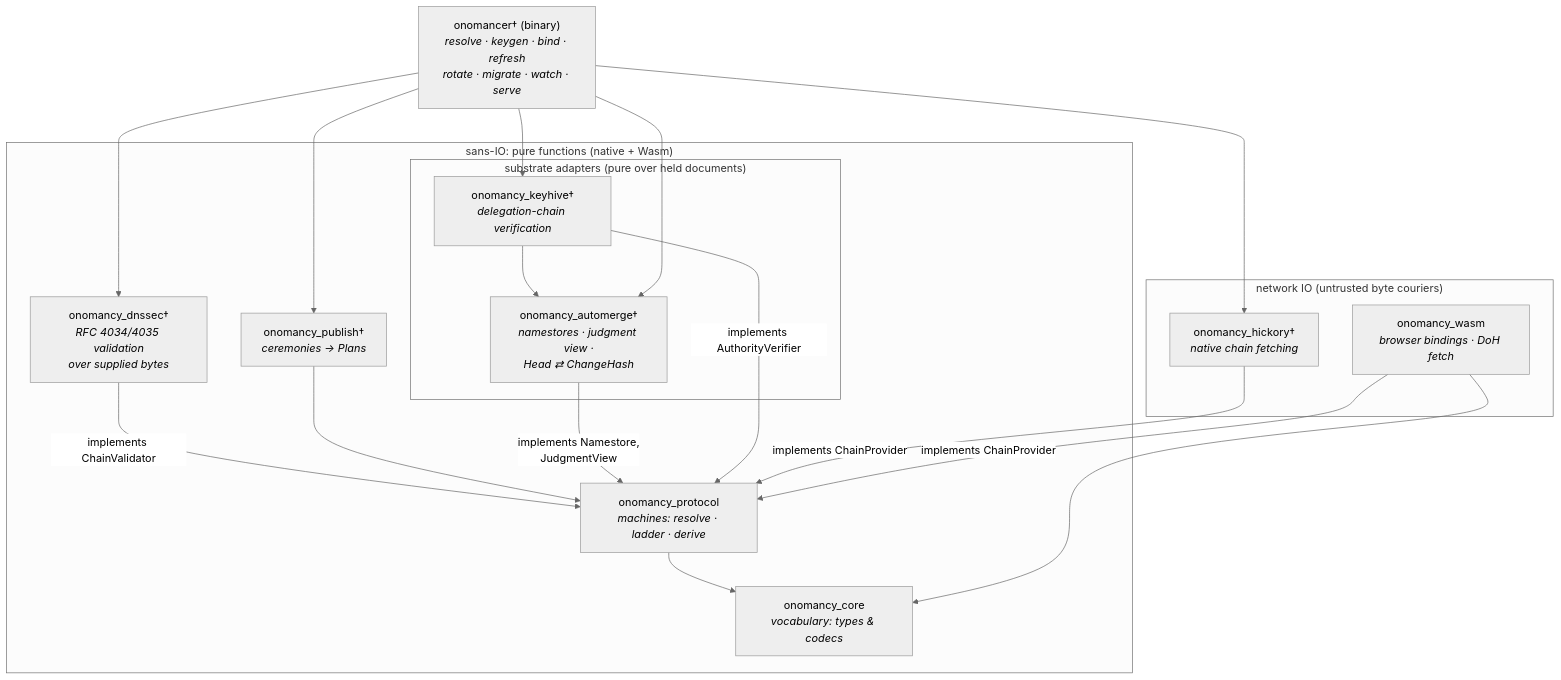
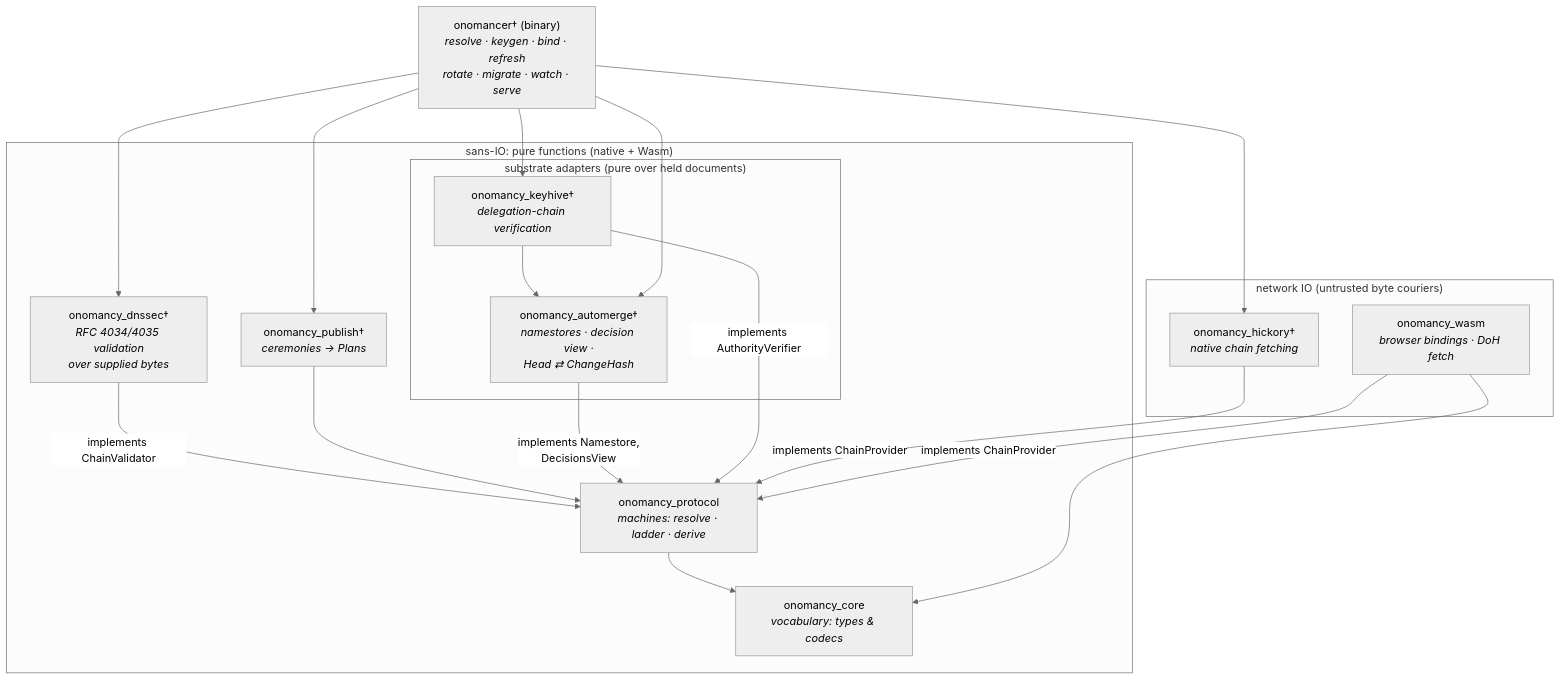
Before and after one commit to inkandswitch/onomancy: the diagram in README.md, drawn with Mermaid (neutral theme). The commit also changed other lines of this file and 30 other files, not shown here.

Commit message:
Rename judgment to decisions (ADR-046)

````diff
--- a/README.md
+++ b/README.md
@@ -38,36 +38,36 @@
 ```mermaid
 graph TD
     subgraph pure ["sans-IO: pure functions (native + Wasm)"]
         core["onomancy_core<br/><i>vocabulary: types & codecs</i>"]
         proto["onomancy_protocol<br/><i>machines: resolve · ladder · derive</i>"]
         dnssec["onomancy_dnssec†<br/><i>RFC 4034/4035 validation<br/>over supplied bytes</i>"]
         publish["onomancy_publish†<br/><i>ceremonies → Plans</i>"]
 
         subgraph adapters ["substrate adapters (pure over held documents)"]
-            automerge["onomancy_automerge†<br/><i>namestores · judgment view ·<br/>Head ⇄ ChangeHash</i>"]
+            automerge["onomancy_automerge†<br/><i>namestores · decision view ·<br/>Head ⇄ ChangeHash</i>"]
             keyhive["onomancy_keyhive†<br/><i>delegation-chain verification</i>"]
         end
     end
 
     subgraph network ["network IO (untrusted byte couriers)"]
         hickory["onomancy_hickory†<br/><i>native chain fetching</i>"]
         wasm["onomancy_wasm<br/><i>browser bindings · DoH fetch</i>"]
     end
 
     onomancer["onomancer† (binary)<br/><i>resolve · keygen · bind · refresh<br/>rotate · migrate · watch · serve</i>"]
 
     proto --> core
     dnssec -- "implements ChainValidator" --> proto
     publish --> proto
-    automerge -- "implements Namestore,<br/>JudgmentView" --> proto
+    automerge -- "implements Namestore,<br/>DecisionsView" --> proto
     keyhive -- "implements AuthorityVerifier" --> proto
     keyhive --> automerge
     hickory -- "implements ChainProvider" --> proto
     wasm --> core
     wasm -- "implements ChainProvider" --> proto
     onomancer --> publish
     onomancer --> dnssec
     onomancer --> hickory
     onomancer --> automerge
     onomancer --> keyhive
 ```
````
